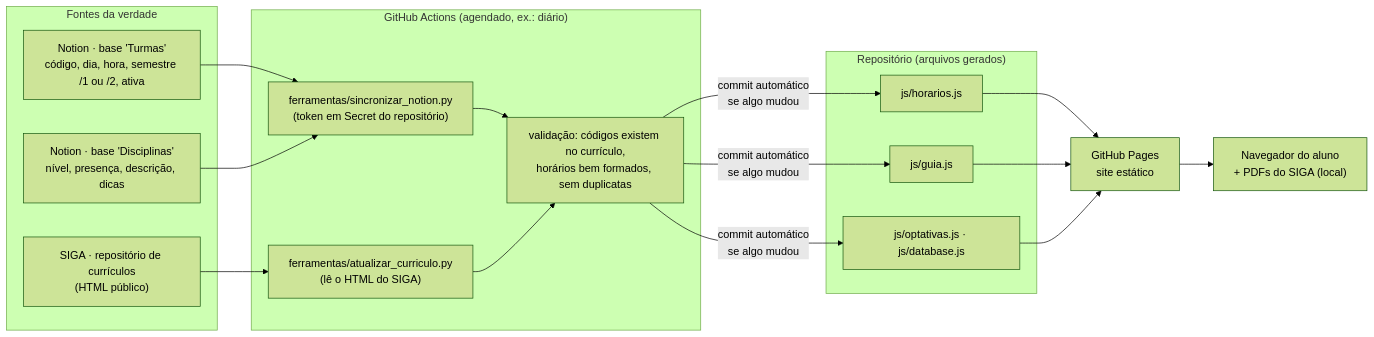
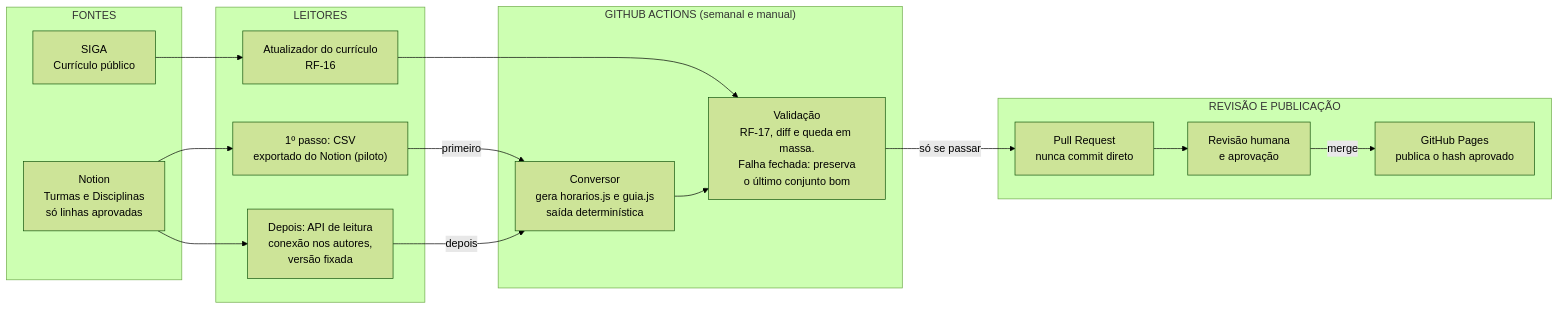
One commit to JoaoAndrade01/grade changed the seventh of 7 diagrams in docs/ARQUITETURA.md. Above: the diagram before and after it, drawn with Mermaid (forest theme). The commit also changed other lines of this file, not shown here.

````diff
--- a/docs/ARQUITETURA.md
+++ b/docs/ARQUITETURA.md
@@ -191,28 +298,31 @@
 ```mermaid
 flowchart LR
-  subgraph FONTES["Fontes da verdade"]
-    N1["Notion · base 'Turmas'<br/>código, dia, hora, semestre /1 ou /2, ativa"]
-    N2["Notion · base 'Disciplinas'<br/>nível, presença, descrição, dicas"]
-    S1["SIGA · repositório de currículos<br/>(HTML público)"]
+  subgraph G0["FONTES"]
+    notion["Notion<br/>Turmas e Disciplinas<br/>só linhas aprovadas"]
+    siga["SIGA<br/>Currículo público"]
   end
-
-  subgraph CI["GitHub Actions (agendado, ex.: diário)"]
-    SYNC["ferramentas/sincronizar_notion.py<br/>(token em Secret do repositório)"]
-    CURR["ferramentas/atualizar_curriculo.py<br/>(lê o HTML do SIGA)"]
-    VALID["validação: códigos existem no currículo,<br/>horários bem formados, sem duplicatas"]
+  subgraph G1["LEITORES"]
+    csv["1º passo: CSV<br/>exportado do Notion (piloto)"]
+    api["Depois: API de leitura<br/>conexão nos autores,<br/>versão fixada"]
+    cur["Atualizador do currículo<br/>RF-16"]
   end
-
-  subgraph REPO["Repositório (arquivos gerados)"]
-    J1["js/horarios.js"]
-    J2["js/guia.js"]
-    J3["js/optativas.js · js/database.js"]
+  subgraph G2["GITHUB ACTIONS (semanal e manual)"]
+    conv["Conversor<br/>gera horarios.js e guia.js<br/>saída determinística"]
+    val["Validação<br/>RF-17, diff e queda em massa.<br/>Falha fechada: preserva<br/>o último conjunto bom"]
   end
-
-  PAGES["GitHub Pages<br/>site estático"]
-  USER["Navegador do aluno<br/>+ PDFs do SIGA (local)"]
-
-  N1 & N2 --> SYNC --> VALID
-  S1 --> CURR --> VALID
-  VALID -->|"commit automático<br/>se algo mudou"| J1 & J2 & J3
-  J1 & J2 & J3 --> PAGES --> USER
+  subgraph G3["REVISÃO E PUBLICAÇÃO"]
+    pr["Pull Request<br/>nunca commit direto"]
+    rev["Revisão humana<br/>e aprovação"]
+    pages["GitHub Pages<br/>publica o hash aprovado"]
+  end
+  notion --> csv
+  notion --> api
+  csv -->|"primeiro"| conv
+  api -->|"depois"| conv
+  siga --> cur
+  cur --> val
+  conv --> val
+  val -->|"só se passar"| pr
+  pr --> rev
+  rev -->|"merge"| pages
 ```
````
